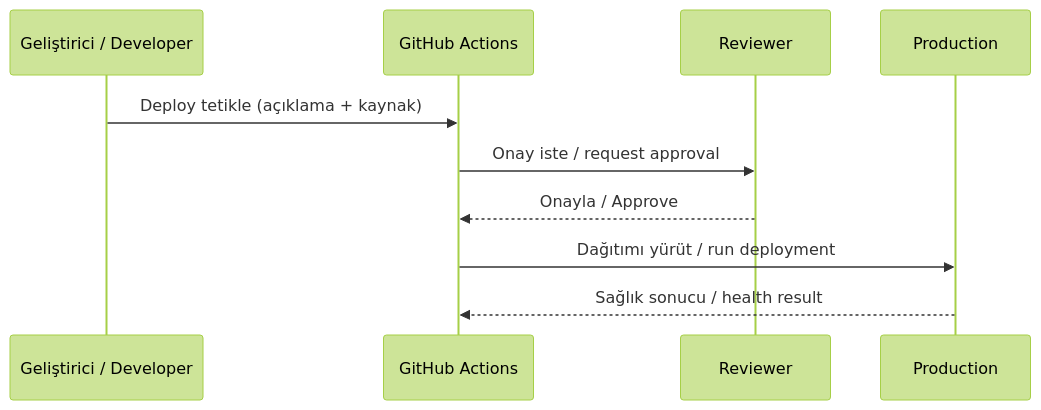
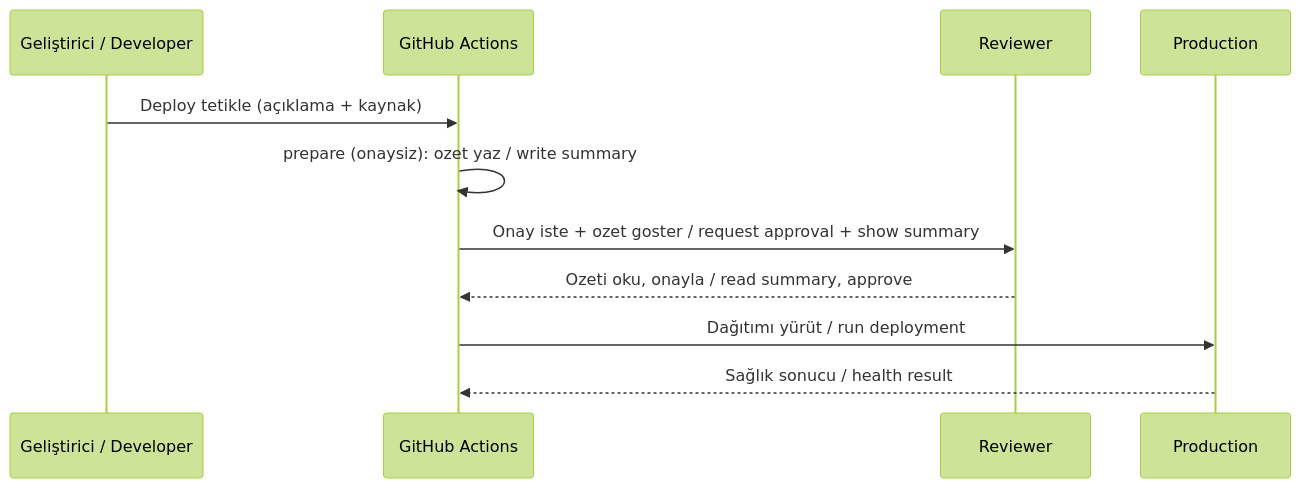
Before and after one commit to Dedmoo/cicd-blueprint: the second of 3 diagrams in README.md, drawn with Mermaid (forest theme). The commit also changed other lines of this file and 6 other files, not shown here.

Commit message:
fix: align sudoers with sudo bash -c model, wire ARTIFACT_NAME to CI, document approval prepare UX

````diff
--- a/README.md
+++ b/README.md
@@ -169,12 +173,13 @@
 ```mermaid
 sequenceDiagram
     participant D as Geliştirici / Developer
     participant GH as GitHub Actions
     participant R as Reviewer
     participant P as Production
     D->>GH: Deploy tetikle (açıklama + kaynak)
-    GH->>R: Onay iste / request approval
-    R-->>GH: Onayla / Approve
+    GH->>GH: prepare (onaysiz): ozet yaz / write summary
+    GH->>R: Onay iste + ozet goster / request approval + show summary
+    R-->>GH: Ozeti oku, onayla / read summary, approve
     GH->>P: Dağıtımı yürüt / run deployment
     P-->>GH: Sağlık sonucu / health result
 ```
````
